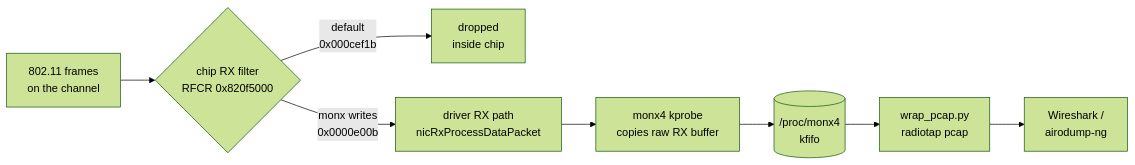
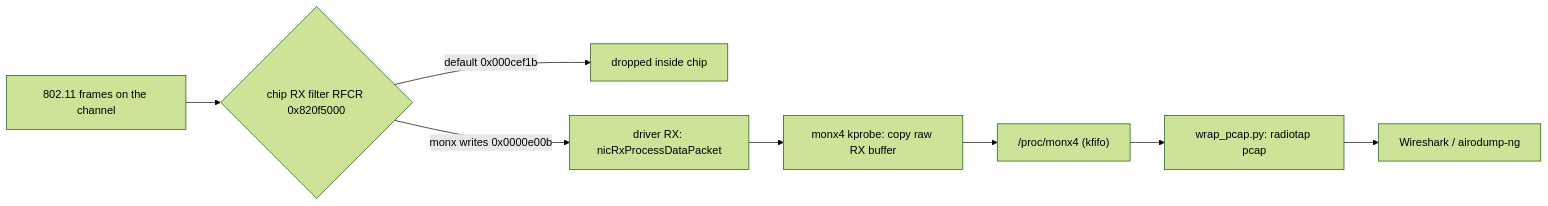
One commit to TheThunderstormX/mt6789-wifi-monitor changed the diagram in README.md. Above: the diagram before and after it, drawn with Mermaid (forest theme).

Commit message:
fix: mermaid diagram syntax for GitHub renderer

````diff
--- a/README.md
+++ b/README.md
@@ -31,10 +31,10 @@
 ```mermaid
 flowchart LR
-    A["802.11 frames<br/>on the channel"] --> B{"chip RX filter<br/>RFCR 0x820f5000"}
-    B -- "default<br/>0x000cef1b" --> X["dropped<br/>inside chip"]
-    B -- "monx writes<br/>0x0000e00b" --> C["driver RX path<br/>nicRxProcessDataPacket"]
-    C --> D["monx4 kprobe<br/>copies raw RX buffer"]
-    D --> E[("/proc/monx4<br/>kfifo")]
-    E --> F["wrap_pcap.py<br/>radiotap pcap"]
-    F --> G["Wireshark /<br/>airodump-ng"]
+    A["802.11 frames on the channel"] --> B{"chip RX filter RFCR 0x820f5000"}
+    B -->|"default 0x000cef1b"| X["dropped inside chip"]
+    B -->|"monx writes 0x0000e00b"| C["driver RX: nicRxProcessDataPacket"]
+    C --> D["monx4 kprobe: copy raw RX buffer"]
+    D --> E["/proc/monx4 (kfifo)"]
+    E --> F["wrap_pcap.py: radiotap pcap"]
+    F --> G["Wireshark / airodump-ng"]
 ```
````
